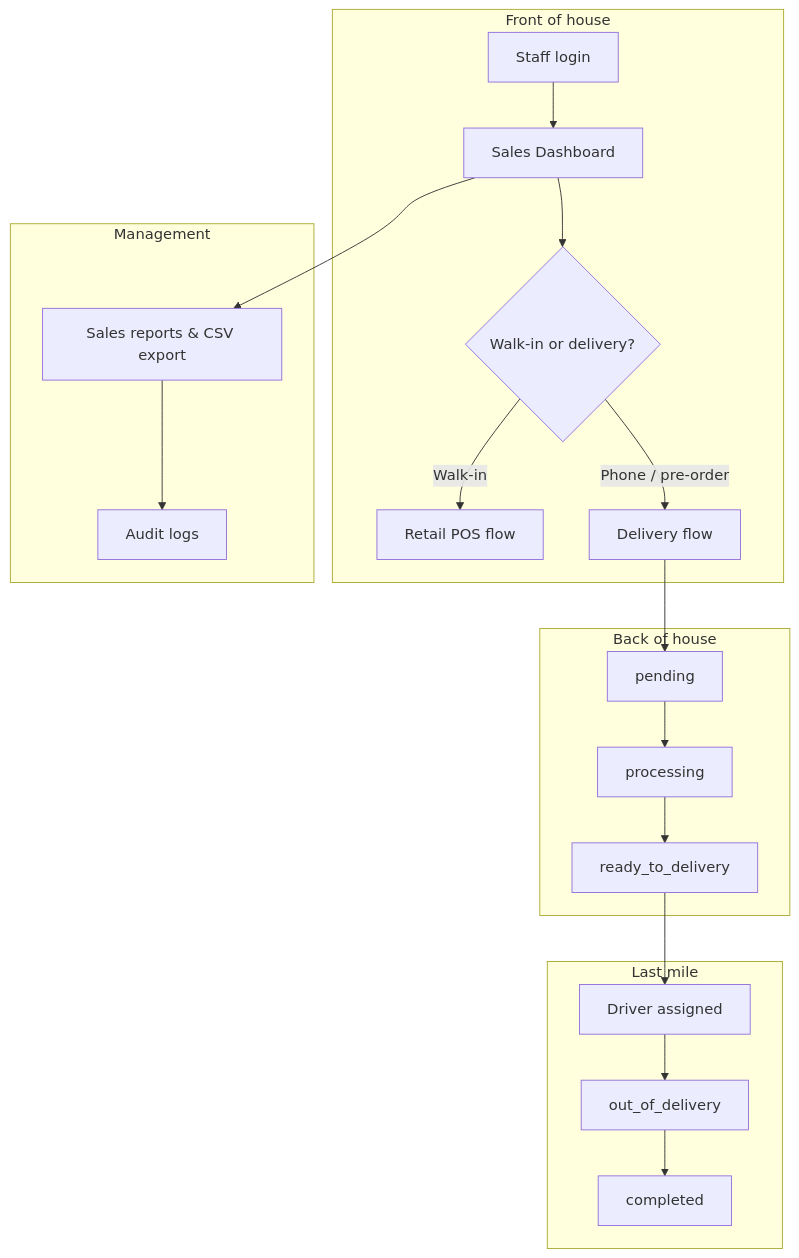
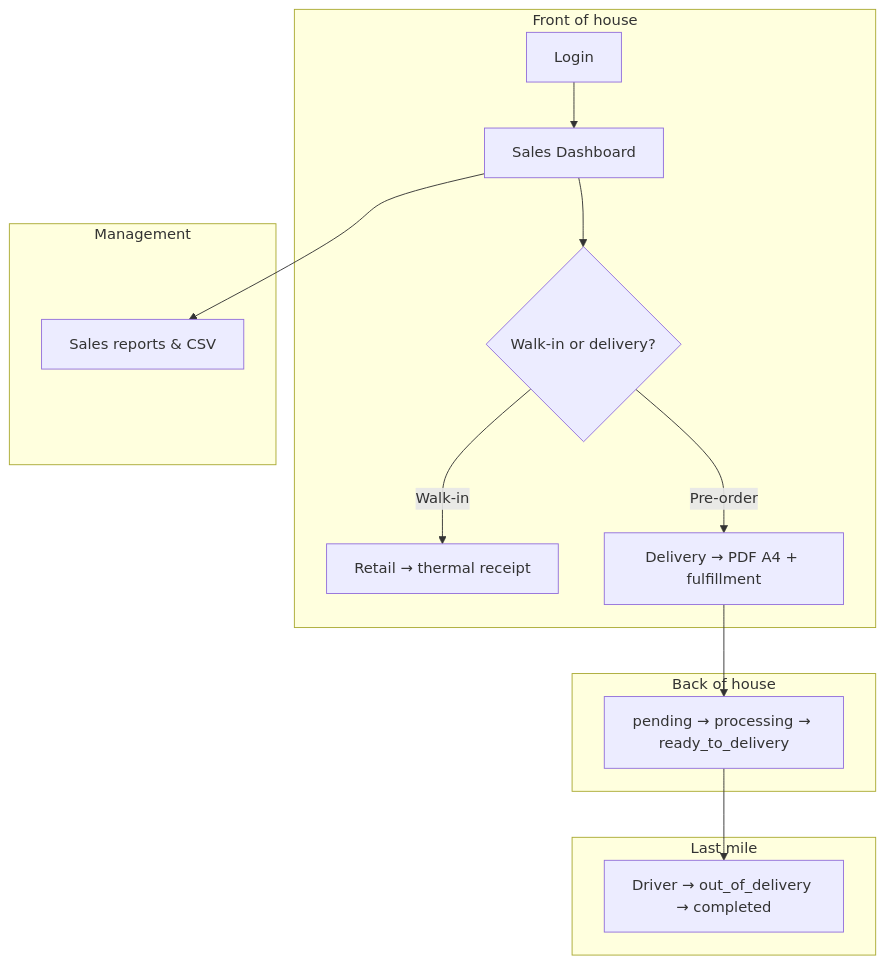
Before and after one commit to kahliantoo-rgb/tfg_vday: the tenth of 10 diagrams in docs/WORKFLOW.md, drawn with Mermaid. The commit also changed other lines of this file and 13 other files, not shown here.

First line of the commit message:
Add Bluetooth thermal and A4 PDF printing, update docs

````diff
--- a/docs/WORKFLOW.md
+++ b/docs/WORKFLOW.md
@@ -207,26 +283,21 @@
 ```mermaid
 flowchart TB
     subgraph Front["Front of house"]
-        S1[Staff login] --> S2[Sales Dashboard]
+        S1[Login] --> S2[Sales Dashboard]
         S2 --> S3{Walk-in or delivery?}
-        S3 -->|Walk-in| S4[Retail POS flow]
-        S3 -->|Phone / pre-order| S5[Delivery flow]
+        S3 -->|Walk-in| S4[Retail → thermal receipt]
+        S3 -->|Pre-order| S5[Delivery → PDF A4 + fulfillment]
     end
 
     subgraph Back["Back of house"]
-        S5 --> B1[pending]
-        B1 --> B2[processing]
-        B2 --> B3[ready_to_delivery]
+        S5 --> B1[pending → processing → ready_to_delivery]
     end
 
     subgraph LastMile["Last mile"]
-        B3 --> D1[Driver assigned]
-        D1 --> D2[out_of_delivery]
-        D2 --> D3[completed]
+        B1 --> D1[Driver → out_of_delivery → completed]
     end
 
     subgraph Insight["Management"]
-        S2 --> R1[Sales reports & CSV export]
-        R1 --> R2[Audit logs]
+        S2 --> R1[Sales reports & CSV]
     end
 ```
````
